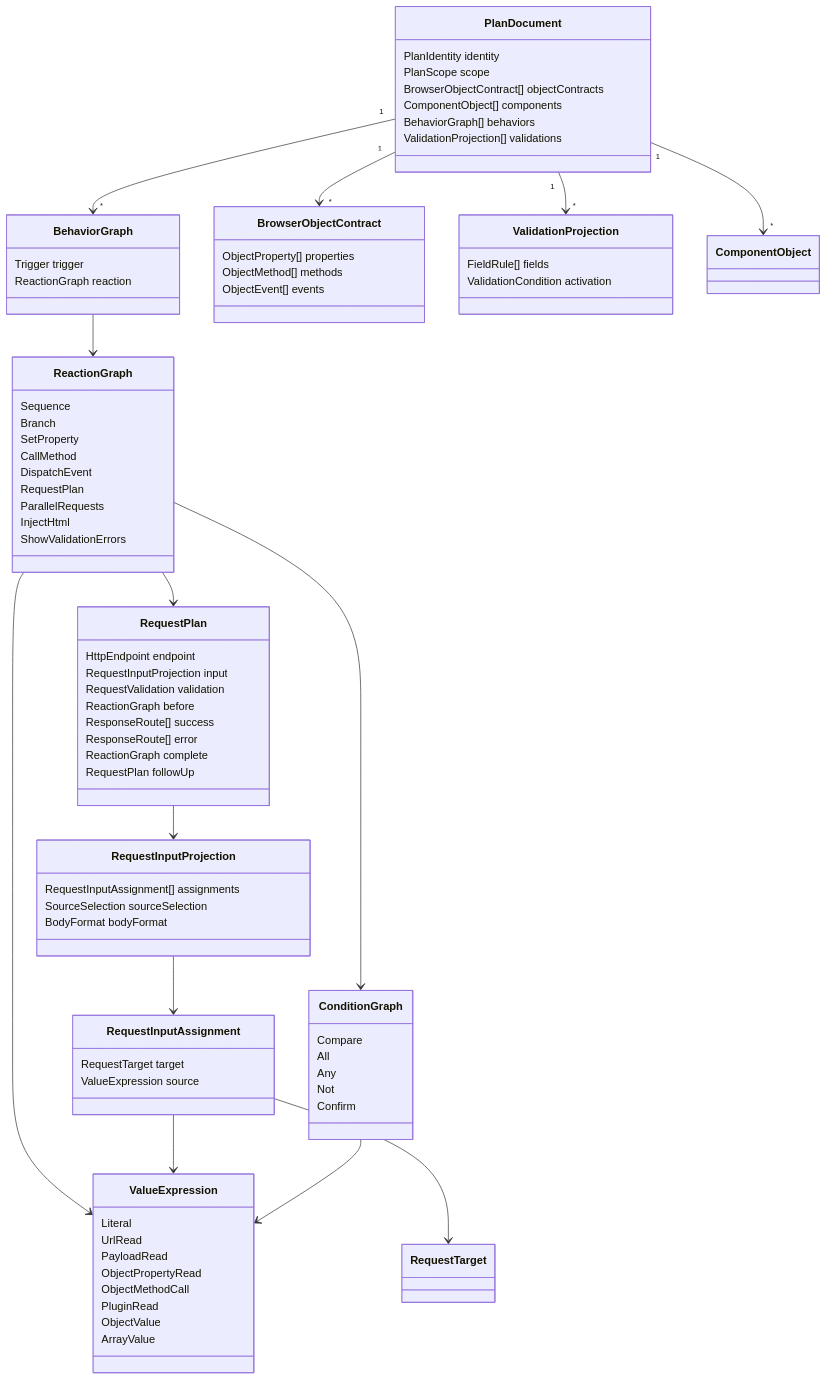
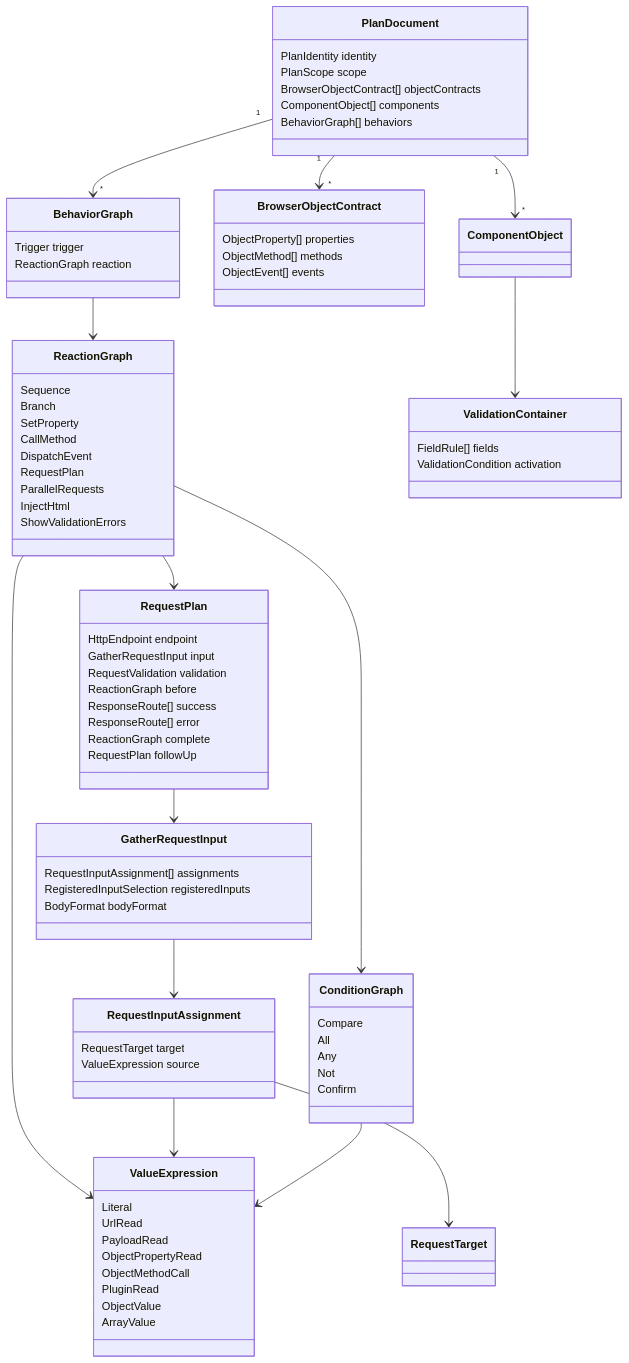
Before and after one commit to marafiq/alis-reactive: the second of 10 diagrams in docs/reactive-plan-source-blueprint.md, drawn with Mermaid. The commit also changed other lines of this file and 2 other files, not shown here.

Commit message:
Remove stale projection vocabulary

```diff
--- a/docs/reactive-plan-source-blueprint.md
+++ b/docs/reactive-plan-source-blueprint.md
@@ -62,7 +62,6 @@
         BrowserObjectContract[] objectContracts
         ComponentObject[] components
         BehaviorGraph[] behaviors
-        ValidationProjection[] validations
     }
 
     class BehaviorGraph {
@@ -95,7 +94,7 @@
 
     class RequestPlan {
         HttpEndpoint endpoint
-        RequestInputProjection input
+        GatherRequestInput input
         RequestValidation validation
         ReactionGraph before
         ResponseRoute[] success
@@ -104,9 +103,9 @@
         RequestPlan followUp
     }
 
-    class RequestInputProjection {
+    class GatherRequestInput {
         RequestInputAssignment[] assignments
-        SourceSelection sourceSelection
+        RegisteredInputSelection registeredInputs
         BodyFormat bodyFormat
     }
 
@@ -129,7 +128,7 @@
         ObjectEvent[] events
     }
 
-    class ValidationProjection {
+    class ValidationContainer {
         FieldRule[] fields
         ValidationCondition activation
     }
@@ -137,13 +136,13 @@
     PlanDocument "1" --> "*" BrowserObjectContract
     PlanDocument "1" --> "*" ComponentObject
     PlanDocument "1" --> "*" BehaviorGraph
-    PlanDocument "1" --> "*" ValidationProjection
+    ComponentObject --> ValidationContainer
     BehaviorGraph --> ReactionGraph
     ReactionGraph --> ValueExpression
     ReactionGraph --> ConditionGraph
     ReactionGraph --> RequestPlan
-    RequestPlan --> RequestInputProjection
-    RequestInputProjection --> RequestInputAssignment
+    RequestPlan --> GatherRequestInput
+    GatherRequestInput --> RequestInputAssignment
     RequestInputAssignment --> RequestTarget
     RequestInputAssignment --> ValueExpression
     ConditionGraph --> ValueExpression
```
